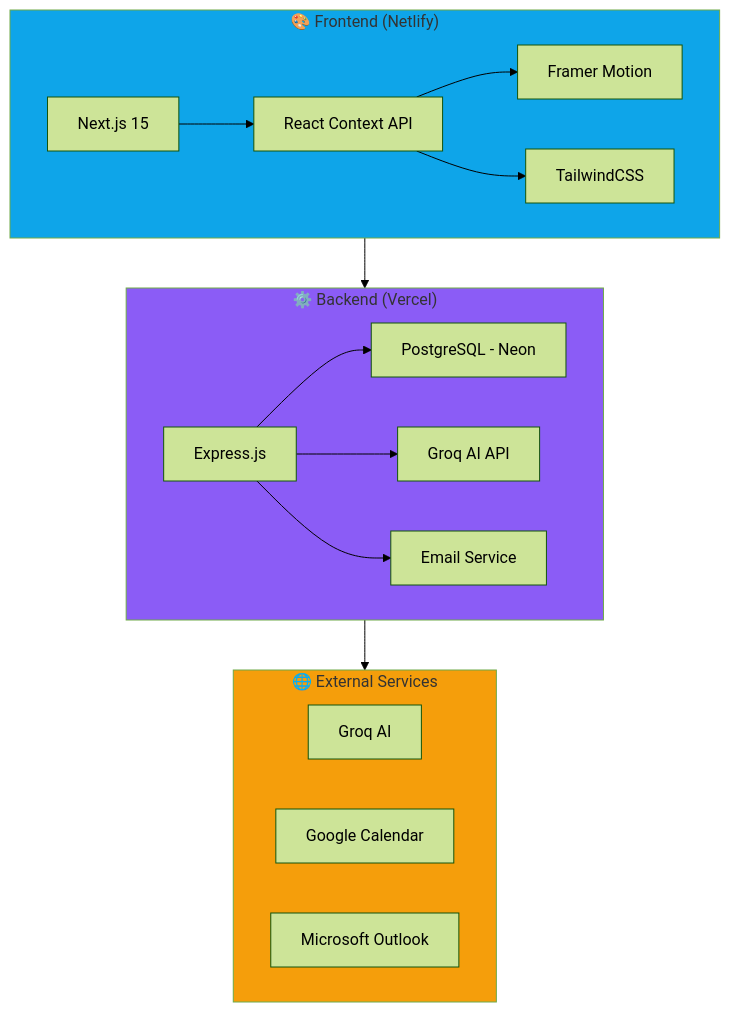
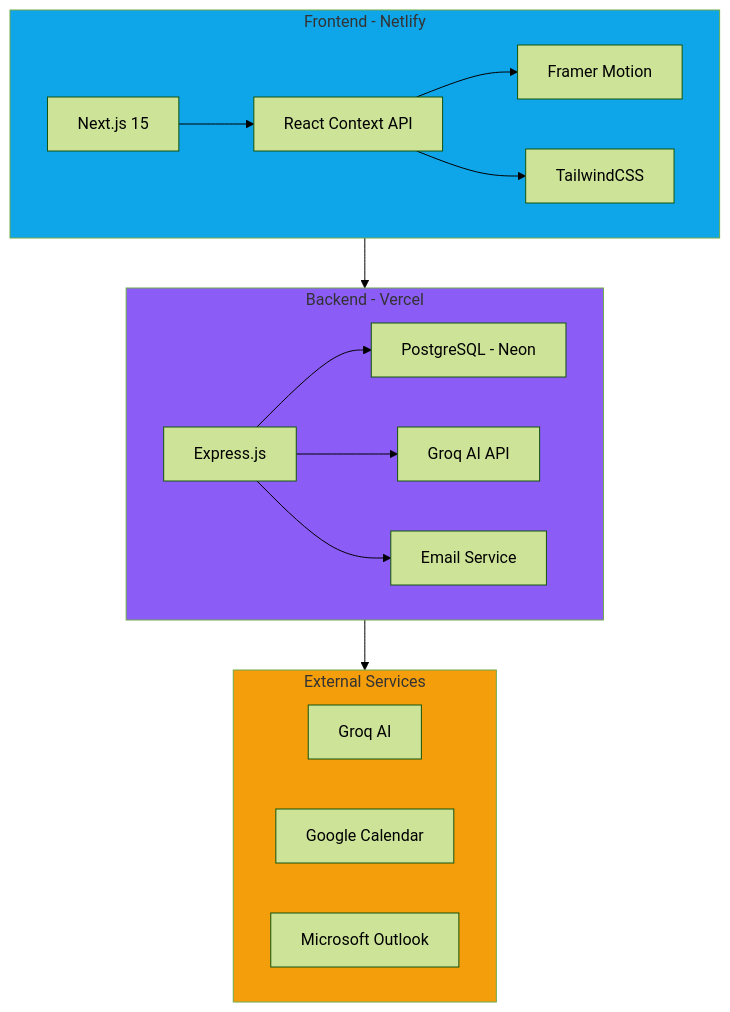
One commit to simplyarfan/Nexus changed the diagram in README.md. Above: the diagram before and after it, drawn with Mermaid (forest theme). The commit also changed other lines of this file, not shown here.

````diff
--- a/README.md
+++ b/README.md
@@ -93,27 +93,27 @@
 ```mermaid
 graph TB
-    subgraph Frontend["🎨 Frontend (Netlify)"]
+    subgraph Frontend["Frontend - Netlify"]
         A[Next.js 15] --> B[React Context API]
         B --> C[Framer Motion]
         B --> D[TailwindCSS]
     end
 
-    subgraph Backend["⚙️ Backend (Vercel)"]
+    subgraph Backend["Backend - Vercel"]
         E[Express.js] --> F[PostgreSQL - Neon]
         E --> G[Groq AI API]
         E --> H[Email Service]
     end
 
-    subgraph External["🌐 External Services"]
+    subgraph External["External Services"]
         I[Groq AI]
         J[Google Calendar]
         K[Microsoft Outlook]
     end
 
     Frontend --> Backend
     Backend --> External
 
     style Frontend fill:#0ea5e9
     style Backend fill:#8b5cf6
     style External fill:#f59e0b
 ```
````
